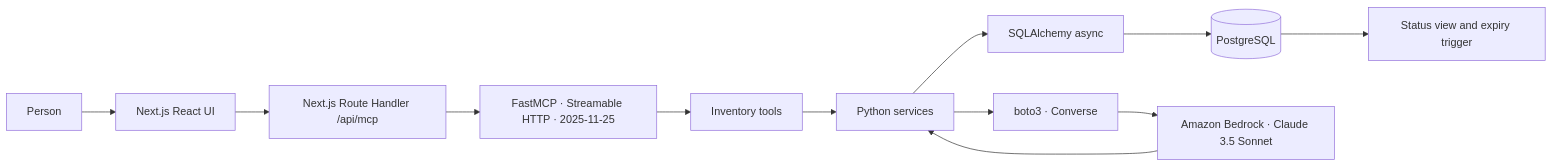
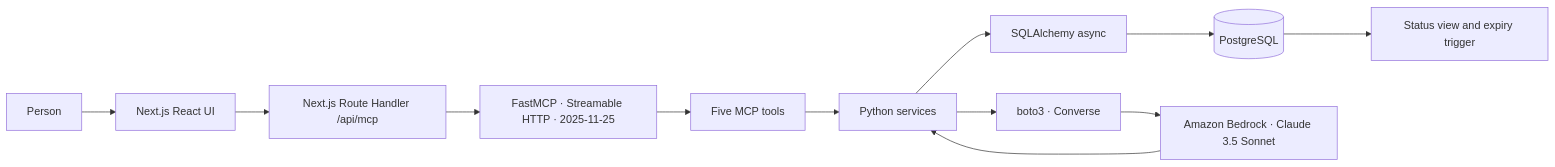
Before and after one commit to OsvaldoOsornio/Alexa-MCP-Grocery-control: the diagram in README.md, drawn with Mermaid. The commit also changed other lines of this file and 15 other files, not shown here.

````diff
--- a/README.md
+++ b/README.md
@@ -34,14 +40,14 @@
 ```mermaid
 flowchart LR
 	U[Person] --> UI[Next.js React UI]
 	UI --> RP[Next.js Route Handler /api/mcp]
 	RP --> MCP[FastMCP · Streamable HTTP · 2025-11-25]
-	MCP --> TOOLS[Inventory tools]
+	MCP --> TOOLS[Five MCP tools]
 	TOOLS --> SVC[Python services]
 	SVC --> ORM[SQLAlchemy async]
 	ORM --> PG[(PostgreSQL)]
 	PG --> TR[Status view and expiry trigger]
 	SVC --> BOTO[boto3 · Converse]
 	BOTO --> BEDROCK[Amazon Bedrock · Claude 3.5 Sonnet]
 	BEDROCK --> SVC
 ```
````
